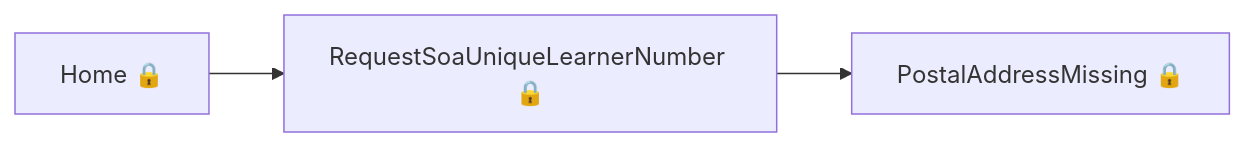
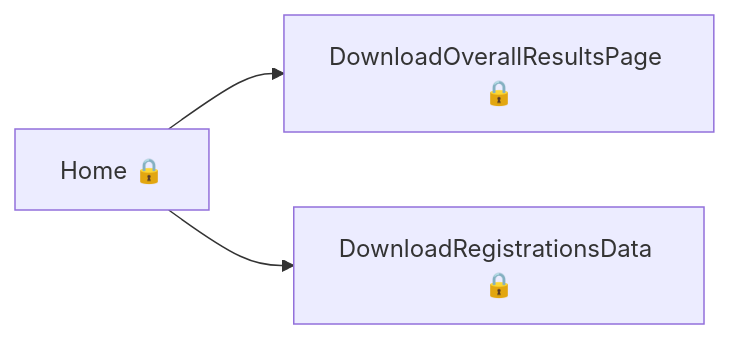
The ninth of 11 diagrams in tl-results-and-certification/user-journeys/user-journeys.md (talentconsulting/atlas-dfe), drawn with Mermaid before and after one commit. The commit also changed other lines of this file and 22 other files, not shown here.

````diff
--- a/tl-results-and-certification/user-journeys/user-journeys.md
+++ b/tl-results-and-certification/user-journeys/user-journeys.md
@@ -97,5 +136,5 @@
 ```mermaid
 flowchart LR
-  p0["Home 🔒"] --> p1["RequestSoaUniqueLearnerNumber 🔒"]
-  p1["RequestSoaUniqueLearnerNumber 🔒"] --> p2["PostalAddressMissing 🔒"]
+  p0["Home 🔒"] --> p1["DownloadOverallResultsPage 🔒"]
+  p0["Home 🔒"] --> p2["DownloadRegistrationsData 🔒"]
 ```
````
